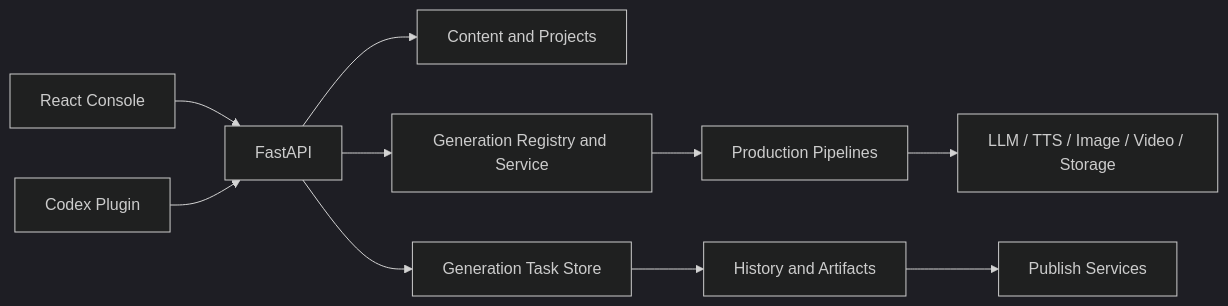
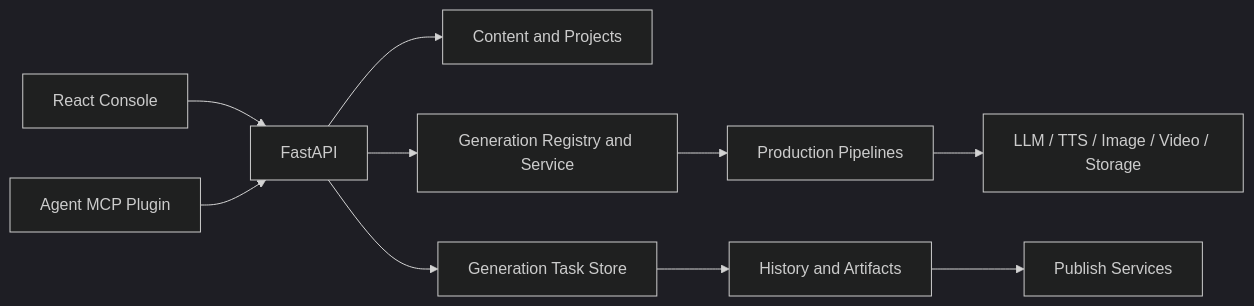
One commit to zhihao93li/Pixelle-Video-plus changed the diagram in docs/en/product/current-product.md. Above: the diagram before and after it, drawn with Mermaid (dark theme). The commit also changed other lines of this file and 81 other files, not shown here.

````diff
--- a/docs/en/product/current-product.md
+++ b/docs/en/product/current-product.md
@@ -29,12 +29,12 @@
 ```mermaid
 flowchart LR
     UI[React Console] --> API[FastAPI]
-    Agent[Codex Plugin] --> API
+    Agent[Agent MCP Plugin] --> API
     API --> Content[Content and Projects]
     API --> Generation[Generation Registry and Service]
     API --> Tasks[Generation Task Store]
     Generation --> Pipelines[Production Pipelines]
     Pipelines --> Services[LLM / TTS / Image / Video / Storage]
     Tasks --> History[History and Artifacts]
     History --> Publish[Publish Services]
 ```
````
